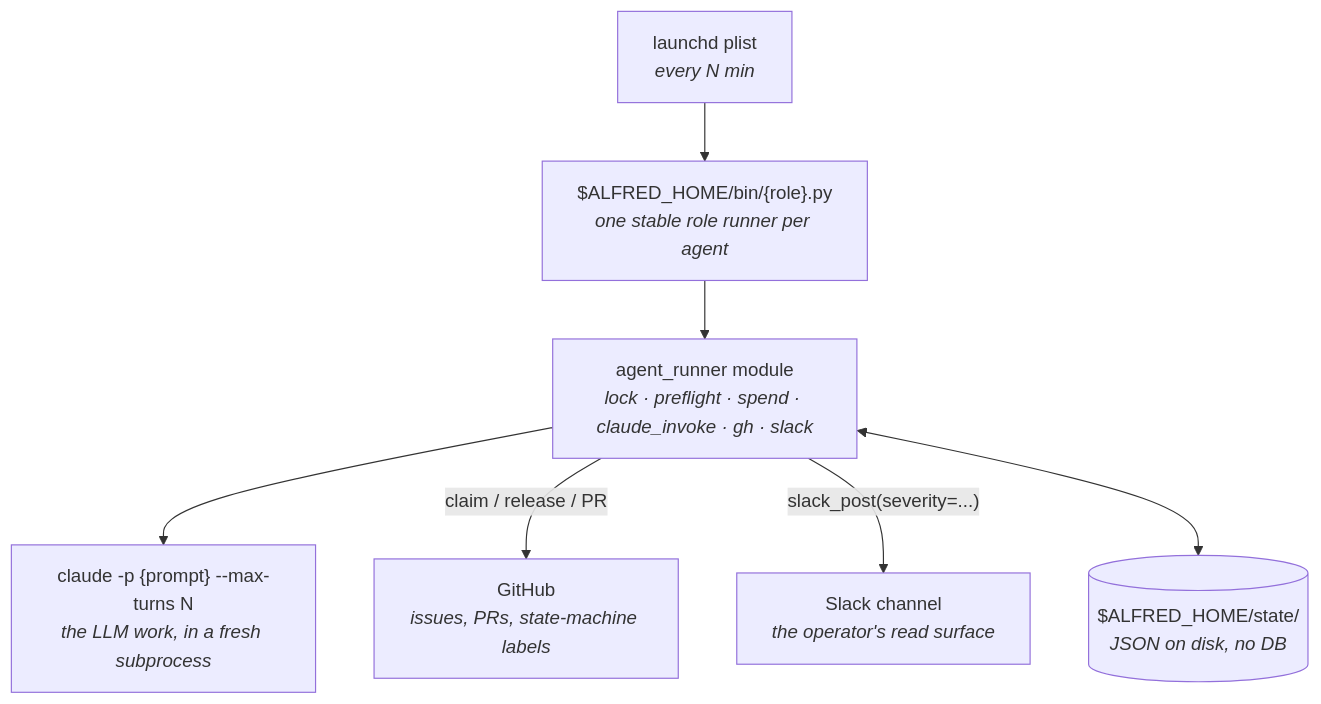
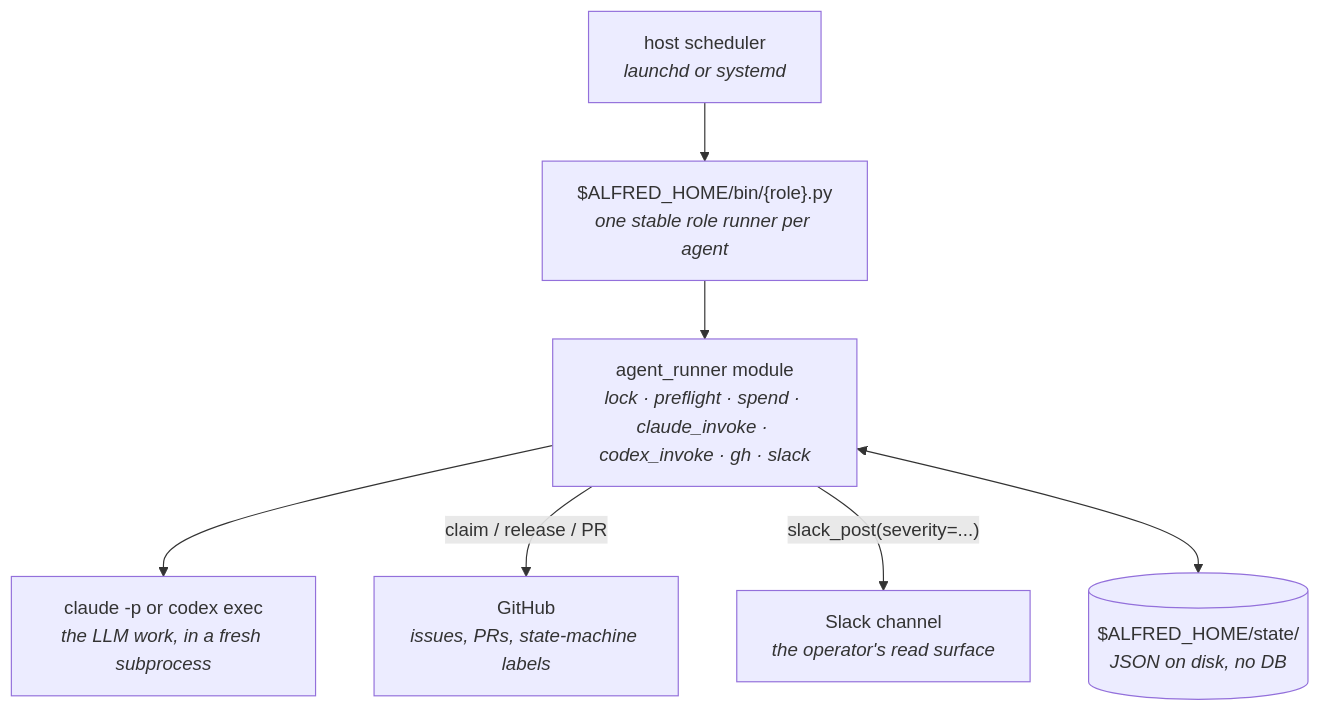
One commit to luminik-io/alfred-os changed the diagram in site/src/content/docs/index.mdx. Above: the diagram before and after it, drawn with Mermaid. The commit also changed other lines of this file and 39 other files, not shown here.

````diff
--- a/site/src/content/docs/index.mdx
+++ b/site/src/content/docs/index.mdx
@@ -38,15 +38,15 @@
 ```mermaid
 flowchart TB
-    launchd["launchd plist<br/><i>every N min</i>"]
+    scheduler["host scheduler<br/><i>launchd or systemd</i>"]
     role["$ALFRED_HOME/bin/{role}.py<br/><i>one stable role runner per agent</i>"]
-    runner["agent_runner module<br/><i>lock · preflight · spend · claude_invoke · gh · slack</i>"]
-    engine["claude -p {prompt} --max-turns N<br/><i>the LLM work, in a fresh subprocess</i>"]
+    runner["agent_runner module<br/><i>lock · preflight · spend · claude_invoke · codex_invoke · gh · slack</i>"]
+    engine["claude -p or codex exec<br/><i>the LLM work, in a fresh subprocess</i>"]
     gh["GitHub<br/><i>issues, PRs, state-machine labels</i>"]
     slack["Slack channel<br/><i>the operator's read surface</i>"]
     state[("$ALFRED_HOME/state/<br/><i>JSON on disk, no DB</i>")]
 
-    launchd --> role --> runner --> engine
+    scheduler --> role --> runner --> engine
     runner -- "claim / release / PR" --> gh
     runner -- "slack_post(severity=...)" --> slack
     runner <--> state
 ```
````
